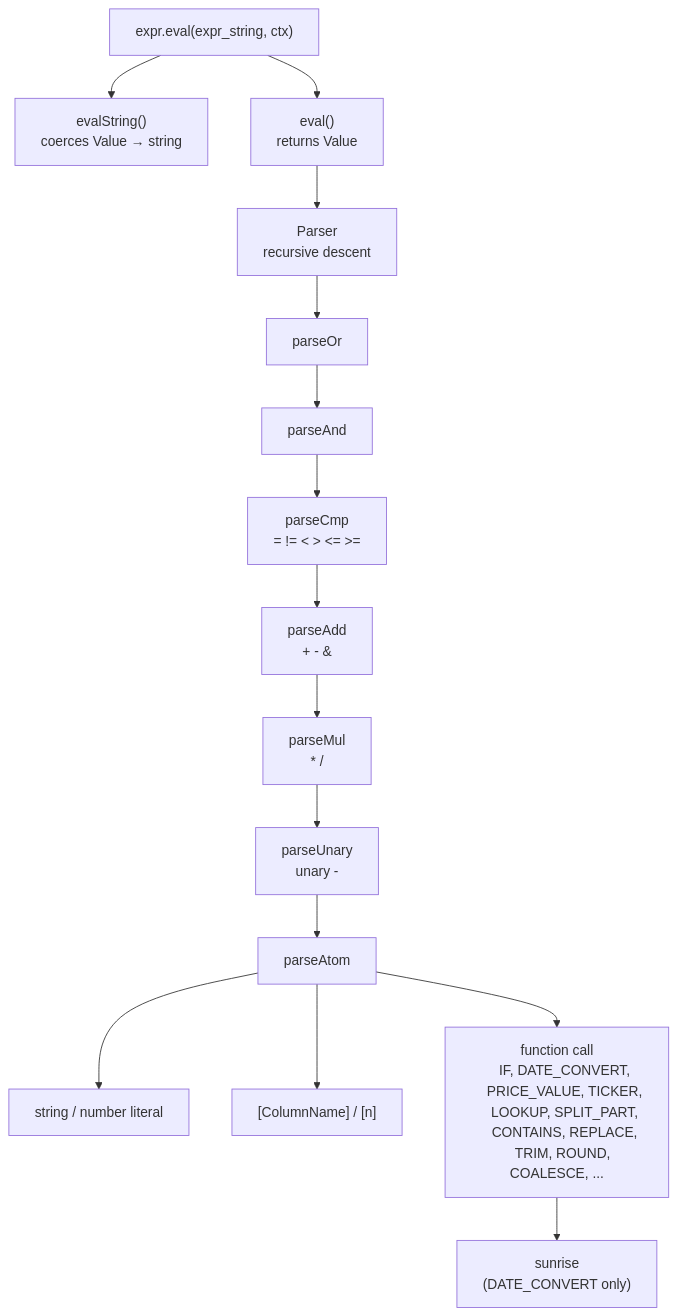
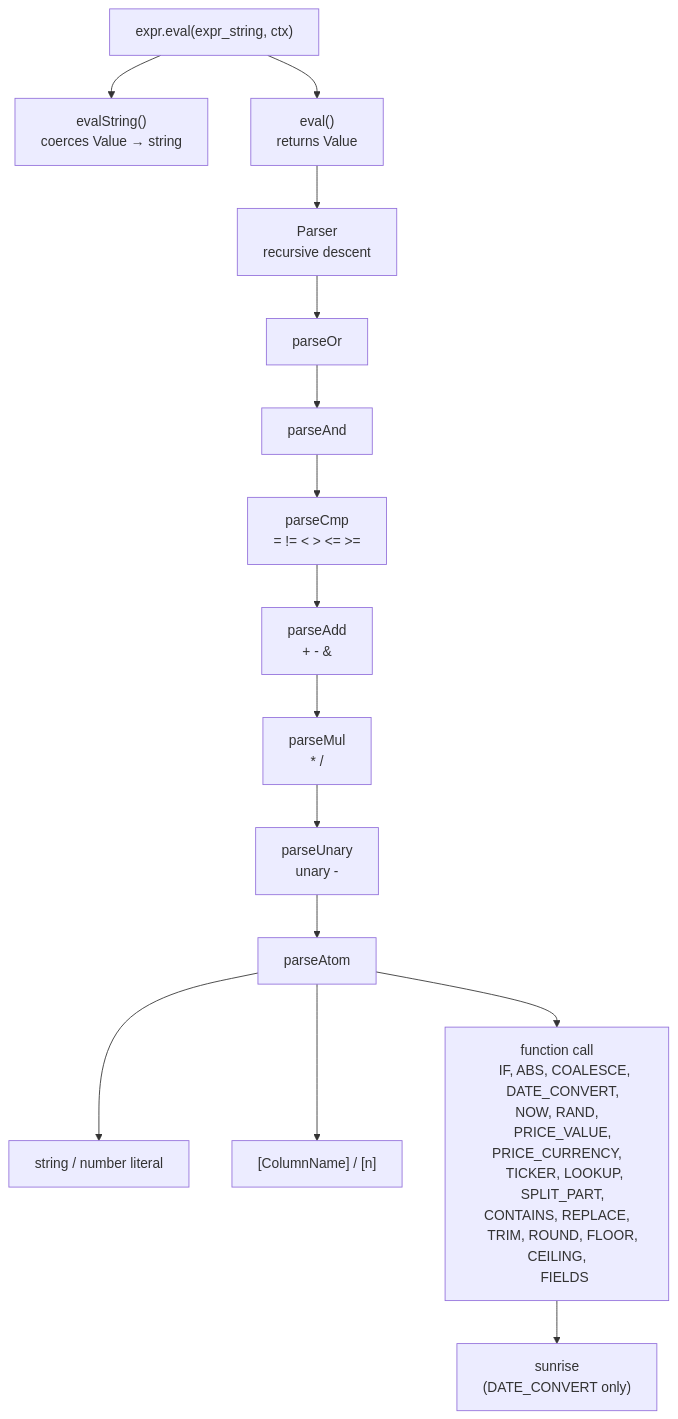
The fifth of 10 diagrams in docs/architecture.md (zaxified/bxp), drawn with Mermaid before and after one commit. The commit also changed other lines of this file and 38 other files, not shown here.

````diff
--- a/docs/architecture.md
+++ b/docs/architecture.md
@@ -191,31 +236,33 @@
 ```mermaid
 graph TD
     CALL["expr.eval(expr_string, ctx)"]
     CALL --> ES["evalString()
     coerces Value → string"]
     CALL --> EV["eval()
     returns Value"]
     EV --> PARSE["Parser
     recursive descent"]
     PARSE --> OR["parseOr"]
     OR --> AND["parseAnd"]
     AND --> CMP["parseCmp
     = != < > <= >="]
     CMP --> ADD["parseAdd
     + - &"]
     ADD --> MUL["parseMul
     * /"]
     MUL --> UNARY["parseUnary
     unary -"]
     UNARY --> ATOM["parseAtom"]
     ATOM --> LIT["string / number literal"]
     ATOM --> FIELD["[ColumnName] / [n]"]
     ATOM --> FUNC["function call
-    IF, DATE_CONVERT,
-    PRICE_VALUE, TICKER,
-    LOOKUP, SPLIT_PART,
-    CONTAINS, REPLACE,
-    TRIM, ROUND, COALESCE, ..."]
+    IF, ABS, COALESCE,
+    DATE_CONVERT, NOW, RAND,
+    PRICE_VALUE, PRICE_CURRENCY,
+    TICKER, LOOKUP,
+    SPLIT_PART, CONTAINS, REPLACE,
+    TRIM, ROUND, FLOOR, CEILING,
+    FIELDS"]
     FUNC --> SUNRISE_CALL["sunrise
     (DATE_CONVERT only)"]
 ```
````
